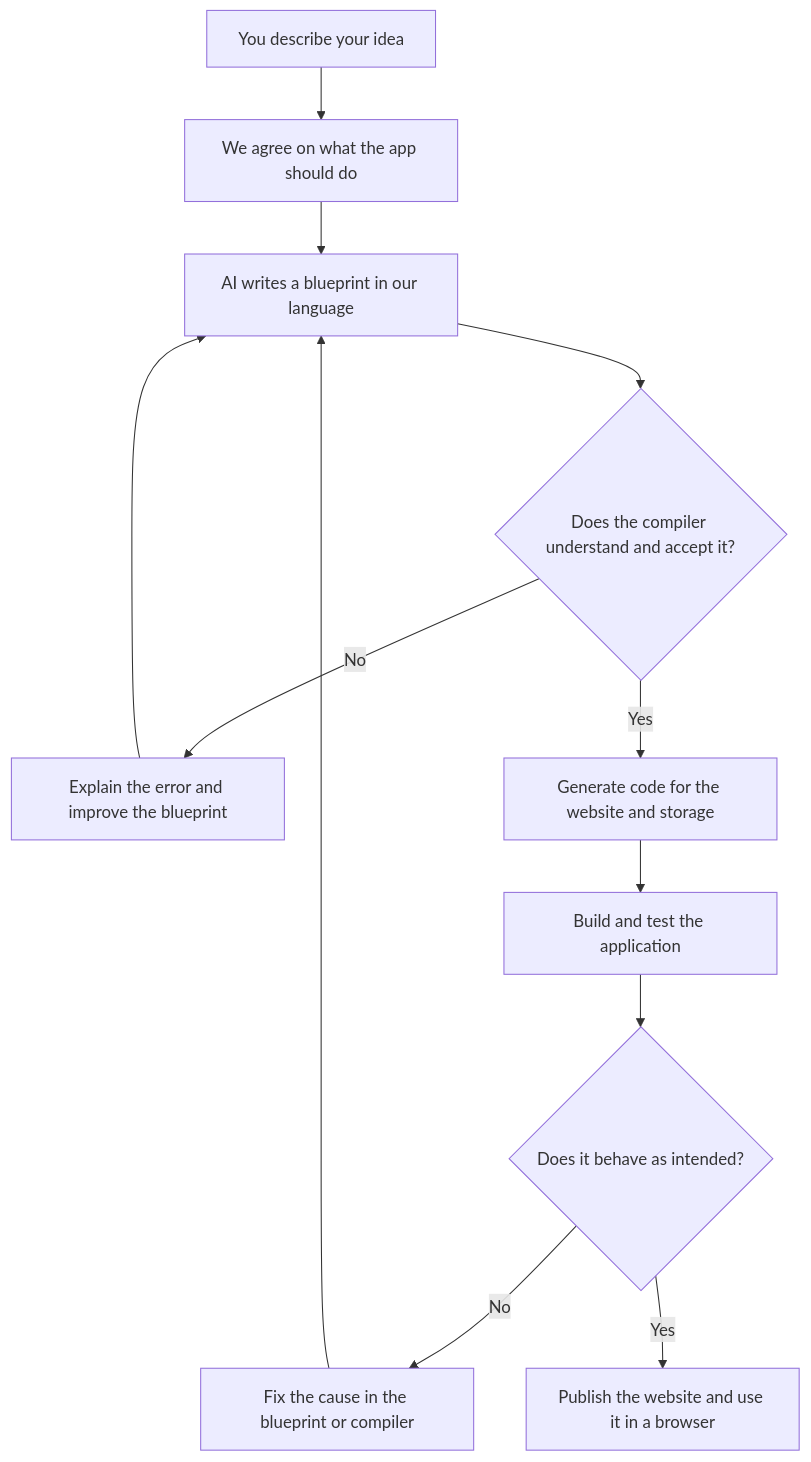
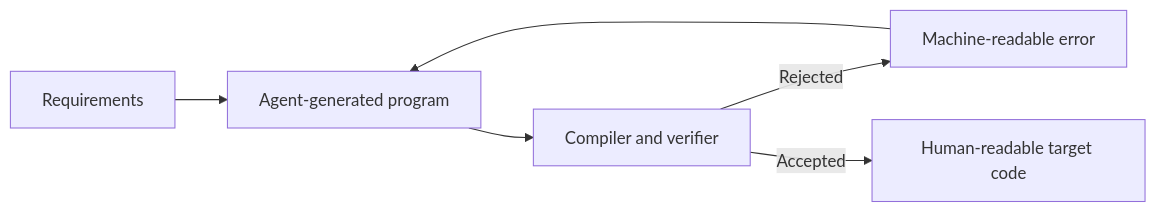
Before and after one commit to ShadowsInThe-Space/llm-language-mvp: the diagram in README.md, drawn with Mermaid. The commit also changed other lines of this file and 87 other files, not shown here.

````diff
--- a/README.md
+++ b/README.md
@@ -44,14 +126,8 @@
 ```mermaid
-flowchart TD
-    A["You describe your idea"] --> B["We agree on what the app should do"]
-    B --> C["AI writes a blueprint in our language"]
-    C --> D{"Does the compiler understand and accept it?"}
-    D -->|No| E["Explain the error and improve the blueprint"]
-    E --> C
-    D -->|Yes| F["Generate code for the website and storage"]
-    F --> G["Build and test the application"]
-    G --> H{"Does it behave as intended?"}
-    H -->|No| I["Fix the cause in the blueprint or compiler"]
-    I --> C
-    H -->|Yes| J["Publish the website and use it in a browser"]
+flowchart LR
+    A["Requirements"] --> B["Agent-generated program"]
+    B --> C["Compiler and verifier"]
+    C -->|Rejected| D["Machine-readable error"]
+    D --> B
+    C -->|Accepted| E["Human-readable target code"]
 ```
````
